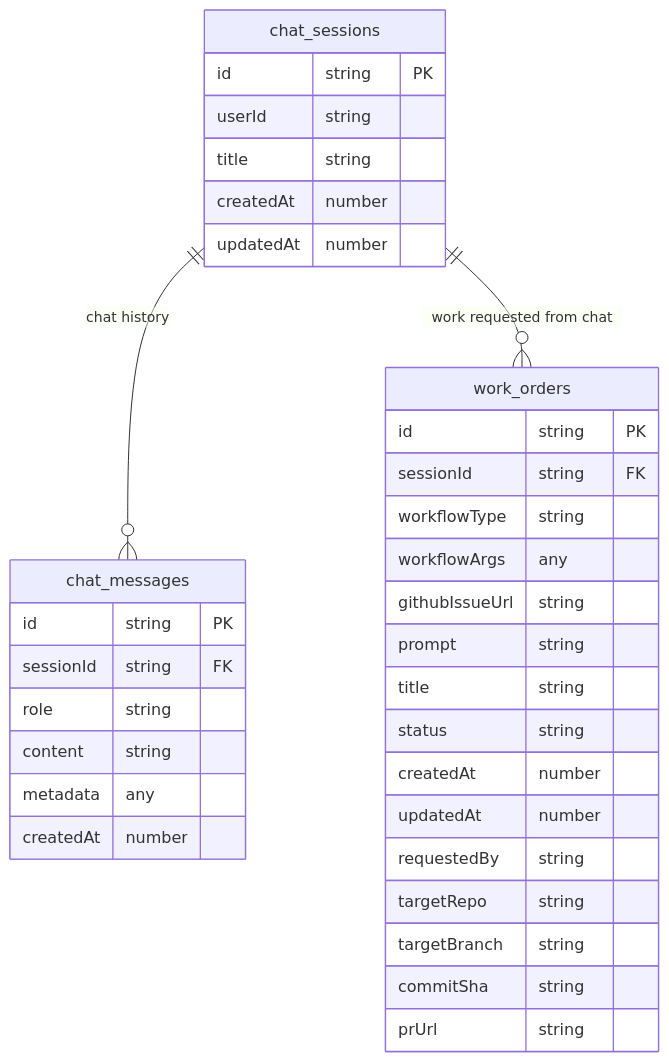
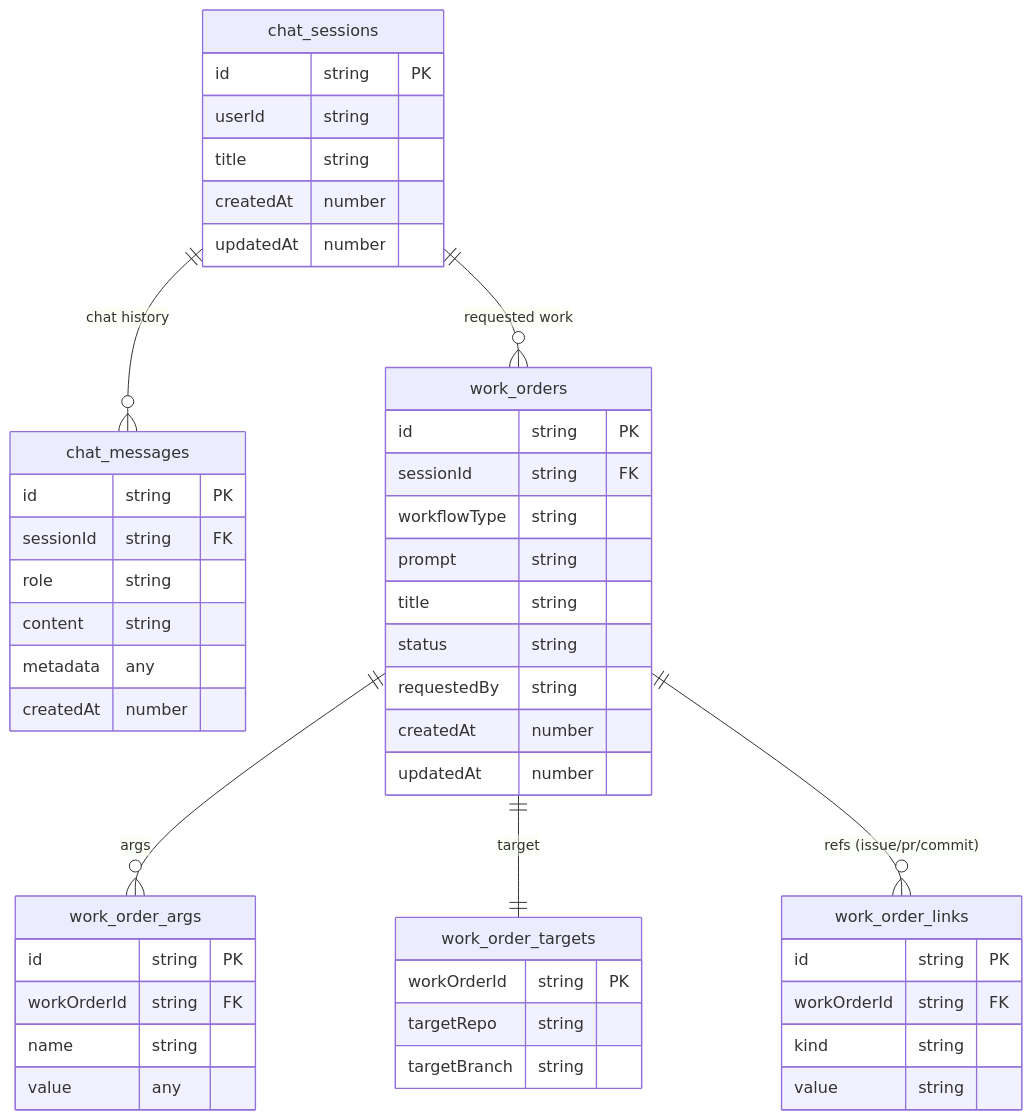
Before and after one commit to proompteng/lab: the diagram in docs/jangar/persistence.md, drawn with Mermaid. The commit also changed other lines of this file, not shown here.

Commit message:
docs: 5nf split chat/work_orders into args/targets/links

````diff
--- a/docs/jangar/persistence.md
+++ b/docs/jangar/persistence.md
@@ -13,40 +13,57 @@
 ```mermaid
 erDiagram
   chat_sessions {
     id string PK
     userId string
     title string
     createdAt number
     updatedAt number
   }
 
   chat_messages {
     id string PK
     sessionId string FK
     role string
     content string
     metadata any
     createdAt number
   }
 
   work_orders {
     id string PK
     sessionId string FK
     workflowType string
-    workflowArgs any
-    githubIssueUrl string
     prompt string
     title string
     status string
+    requestedBy string
     createdAt number
     updatedAt number
-    requestedBy string
+  }
+
+  work_order_args {
+    id string PK
+    workOrderId string FK
+    name string
+    value any
+  }
+
+  work_order_targets {
+    workOrderId string PK
     targetRepo string
     targetBranch string
-    commitSha string
-    prUrl string
+  }
+
+  work_order_links {
+    id string PK
+    workOrderId string FK
+    kind string
+    value string
   }
 
   chat_sessions ||--o{ chat_messages : "chat history"
-  chat_sessions ||--o{ work_orders : "work requested from chat"
+  chat_sessions ||--o{ work_orders : "requested work"
+  work_orders ||--o{ work_order_args : "args"
+  work_orders ||--|| work_order_targets : "target"
+  work_orders ||--o{ work_order_links : "refs (issue/pr/commit)"
 ```
````
